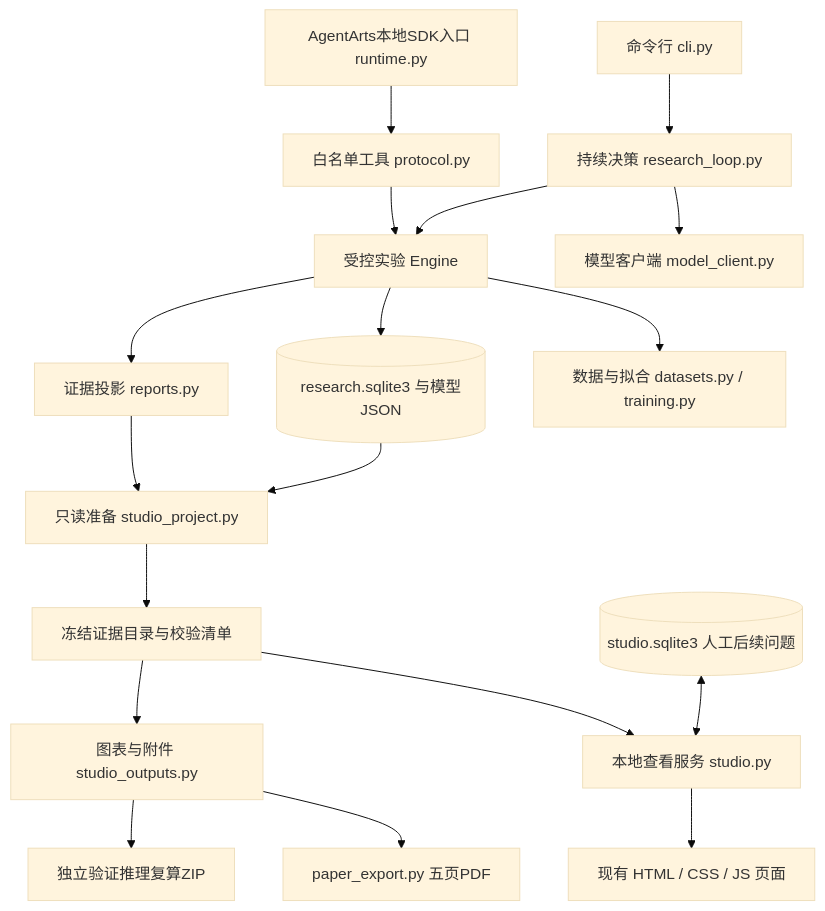
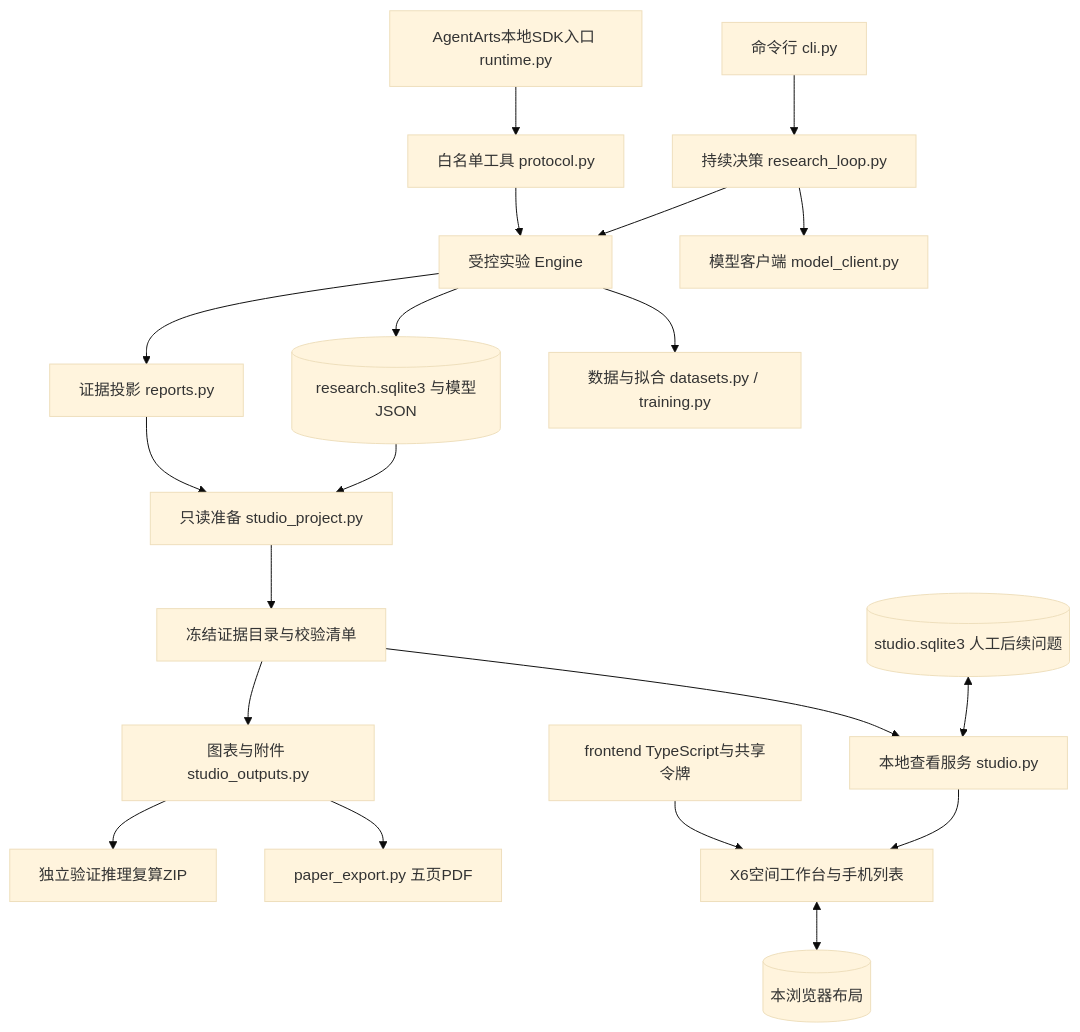
Before and after one commit to open-agent-power/auto-research-agentarts: the first of 2 diagrams in docs/architecture.md, drawn with Mermaid (base theme). The commit also changed other lines of this file and 34 other files, not shown here.

````diff
--- a/docs/architecture.md
+++ b/docs/architecture.md
@@ -17,20 +17,22 @@
 ```mermaid
 flowchart TB
   cli[命令行 cli.py] --> loop[持续决策 research_loop.py]
   loop --> client[模型客户端 model_client.py]
   loop --> engine[受控实验 Engine]
   sdk[AgentArts本地SDK入口 runtime.py] --> protocol[白名单工具 protocol.py]
   protocol --> engine
   engine --> train[数据与拟合 datasets.py / training.py]
   engine --> db[(research.sqlite3 与模型JSON)]
   engine --> report[证据投影 reports.py]
   db --> snapshot[只读准备 studio_project.py]
   report --> snapshot
   snapshot --> frozen[冻结证据目录与校验清单]
   frozen --> studio[本地查看服务 studio.py]
   notes[(studio.sqlite3 人工后续问题)] <--> studio
-  studio --> web[现有 HTML / CSS / JS 页面]
+  studio --> web[X6空间工作台与手机列表]
+  frontend[frontend TypeScript与共享令牌] --> web
+  web <--> layout[(本浏览器布局)]
   frozen --> outputs[图表与附件 studio_outputs.py]
   outputs --> pdf[paper_export.py 五页PDF]
   outputs --> zip[独立验证推理复算ZIP]
 ```
````
